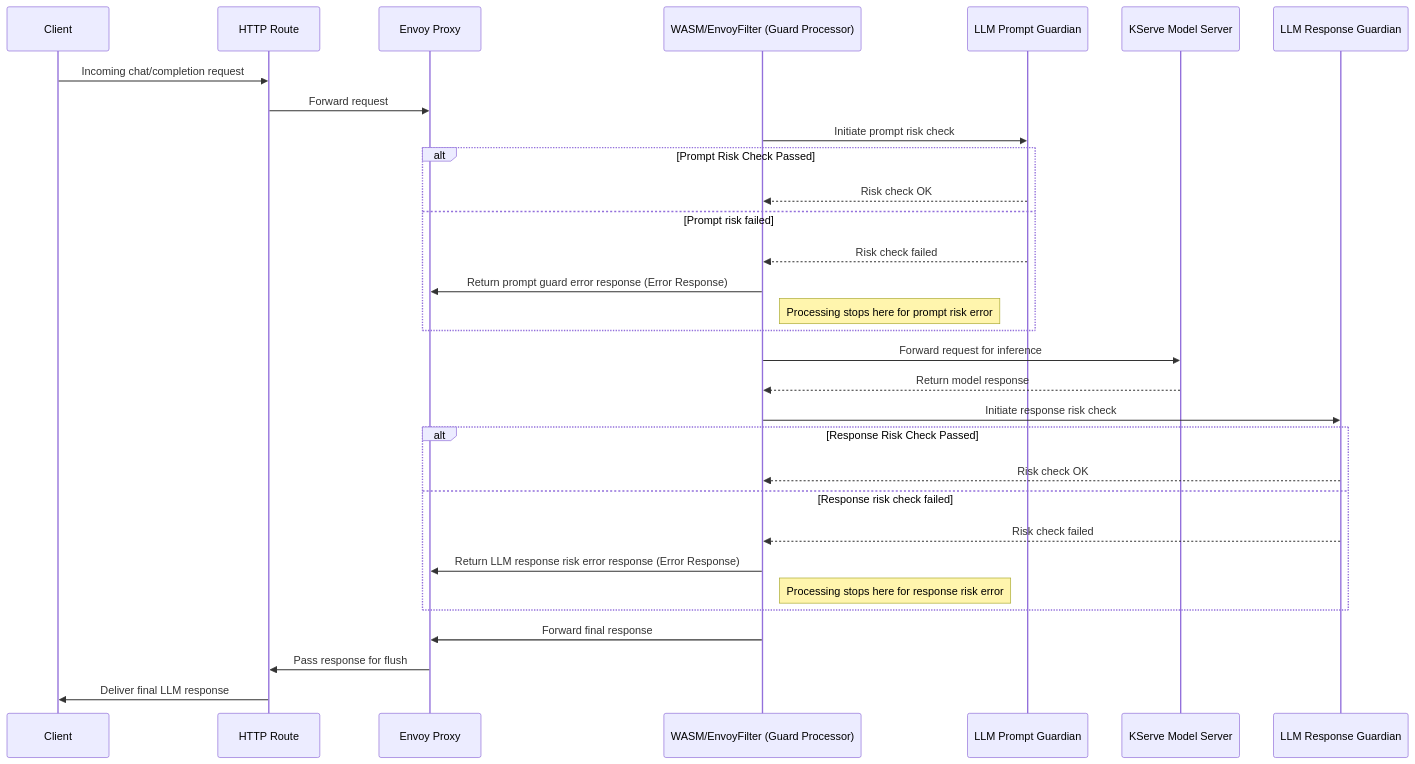
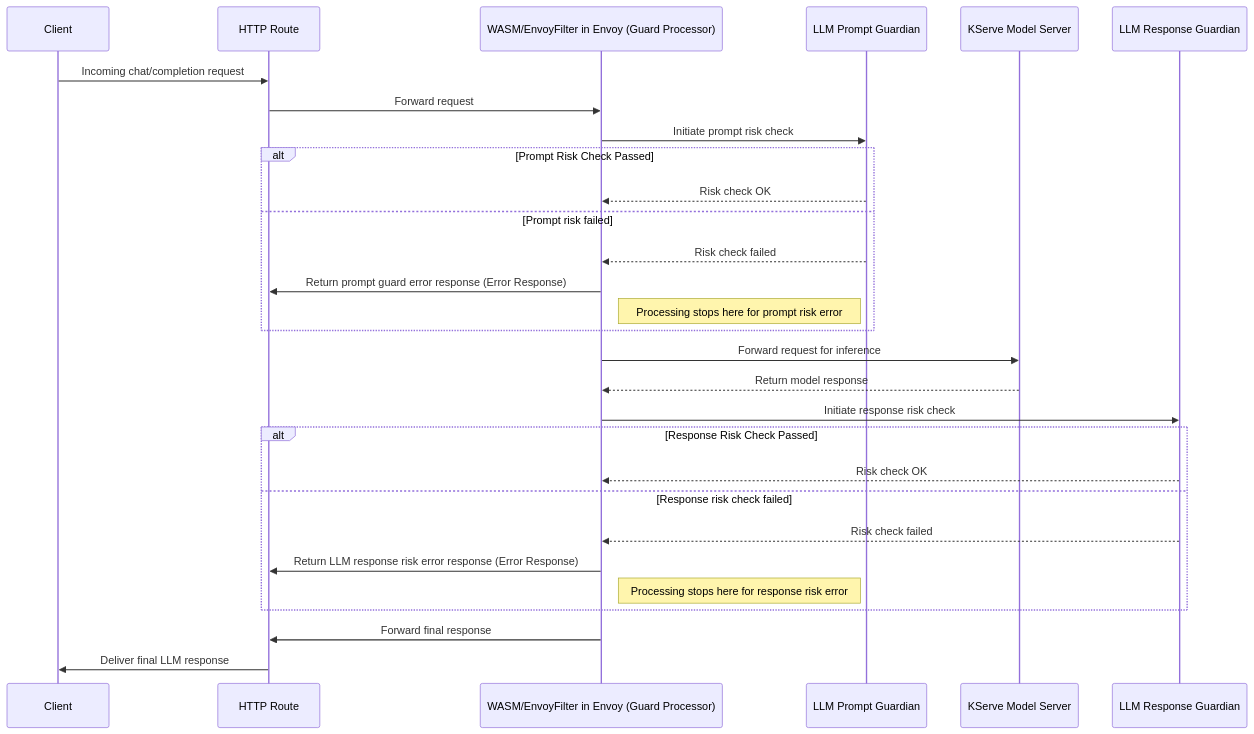
The second of 2 diagrams in rfcs/0013-ai-policies.md (Kuadrant/architecture), drawn with Mermaid before and after one commit. The commit also changed other lines of this file, not shown here.

Commit message:
sequence update: E->WL

````diff
--- a/rfcs/0013-ai-policies.md
+++ b/rfcs/0013-ai-policies.md
@@ -264,43 +261,41 @@
 ```mermaid
 sequenceDiagram
   participant C as Client
   participant HR as HTTP Route
-  participant E as Envoy Proxy
-  participant WL as WASM/EnvoyFilter (Guard Processor)
+  participant WL as WASM/EnvoyFilter in Envoy (Guard Processor)
   participant PG as LLM Prompt Guardian
   participant MS as KServe Model Server
   participant RG as LLM Response Guardian
 
   %% initial req
   C->>HR: Incoming chat/completion request
-  HR->>E: Forward request
+  HR->>WL: Forward request
 
   %% prompt risk check
   WL->>PG: Initiate prompt risk check
   alt Prompt Risk Check Passed
     PG-->>WL: Risk check OK
   else Prompt risk failed
     PG-->>WL: Risk check failed
-    WL->>E: Return prompt guard error response (Error Response)
+    WL->>HR: Return prompt guard error response (Error Response)
     note right of WL: Processing stops here for prompt risk error
   end
 
   %% forward request for inference if no early errors above
   WL->>MS: Forward request for inference
   MS-->>WL: Return model response
 
   %% response risk check
   WL->>RG: Initiate response risk check
   alt Response Risk Check Passed
     RG-->>WL: Risk check OK
   else Response risk check failed
     RG-->>WL: Risk check failed
-    WL->>E: Return LLM response risk error response (Error Response)
+    WL->>HR: Return LLM response risk error response (Error Response)
     note right of WL: Processing stops here for response risk error
   end
 
   %% final inference response: deliver back to client
-  WL->>E: Forward final response
-  E->>HR: Pass response for flush
+  WL->>HR: Forward final response
   HR->>C: Deliver final LLM response
 ```
````
